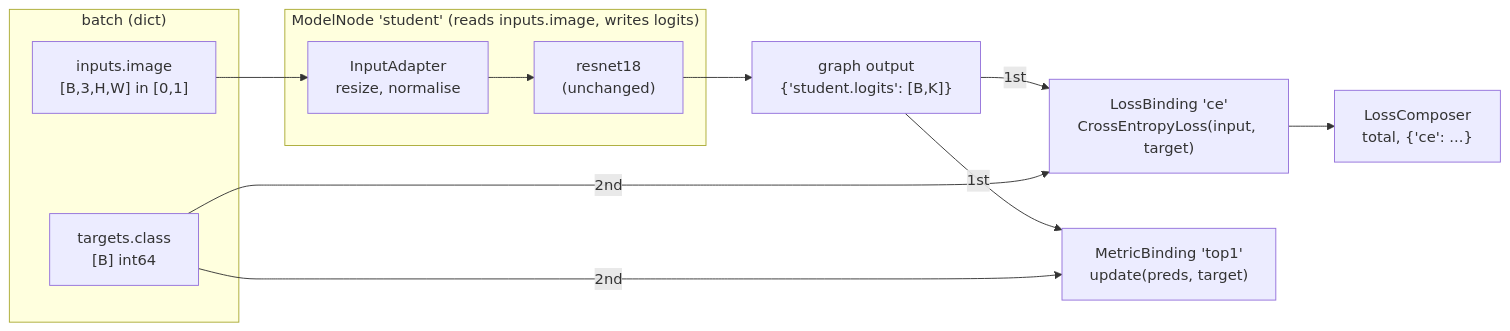
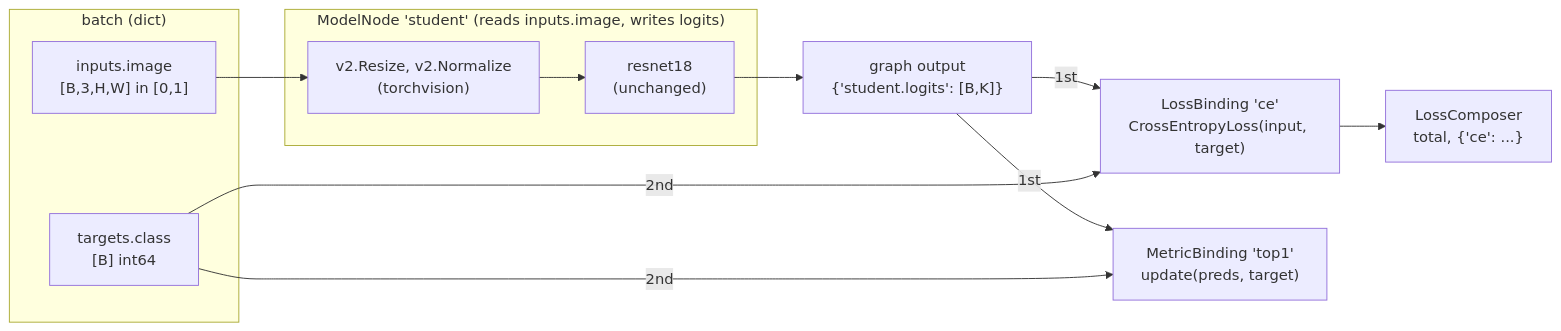
One commit to tile-and-error/imagenet-classification changed the third of 6 diagrams in PLAN.md. Above: the diagram before and after it, drawn with Mermaid. The commit also changed other lines of this file and 28 other files, not shown here.

````diff
--- a/PLAN.md
+++ b/PLAN.md
@@ -276,17 +264,17 @@
 ```mermaid
 flowchart LR
     subgraph B["batch (dict)"]
         IMG["inputs.image<br/>[B,3,H,W] in [0,1]"]
         CLS["targets.class<br/>[B] int64"]
     end
     subgraph N["ModelNode 'student' (reads inputs.image, writes logits)"]
-        AD["InputAdapter<br/>resize, normalise"] --> RN["resnet18<br/>(unchanged)"]
+        AD["v2.Resize, v2.Normalize<br/>(torchvision)"] --> RN["resnet18<br/>(unchanged)"]
     end
     IMG --> AD
     RN --> OUT["graph output<br/>{'student.logits': [B,K]}"]
     OUT -- "1st" --> CE["LossBinding 'ce'<br/>CrossEntropyLoss(input, target)"]
     CLS -- "2nd" --> CE
     CE --> TOT["LossComposer<br/>total, {'ce': ...}"]
     OUT -- "1st" --> TOP1["MetricBinding 'top1'<br/>update(preds, target)"]
     CLS -- "2nd" --> TOP1
 ```
````
